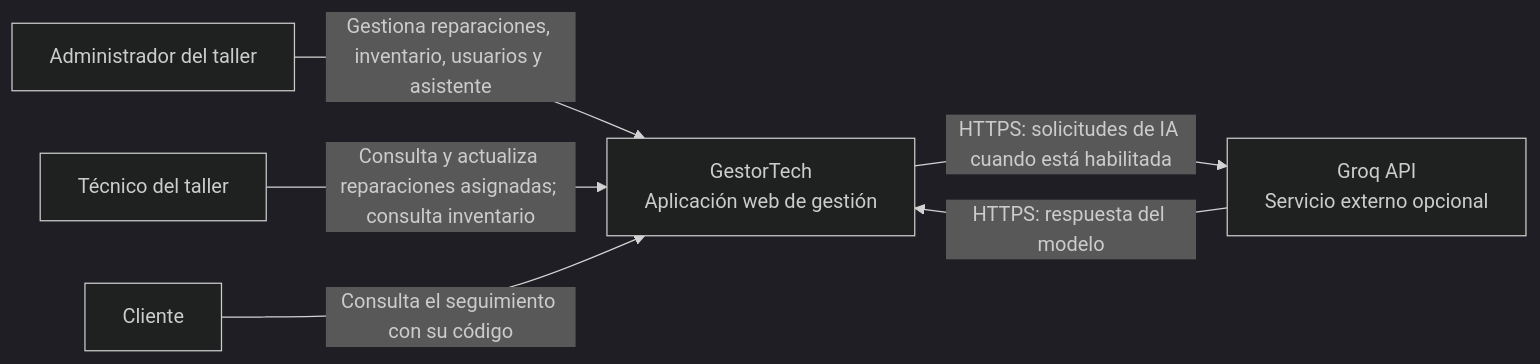
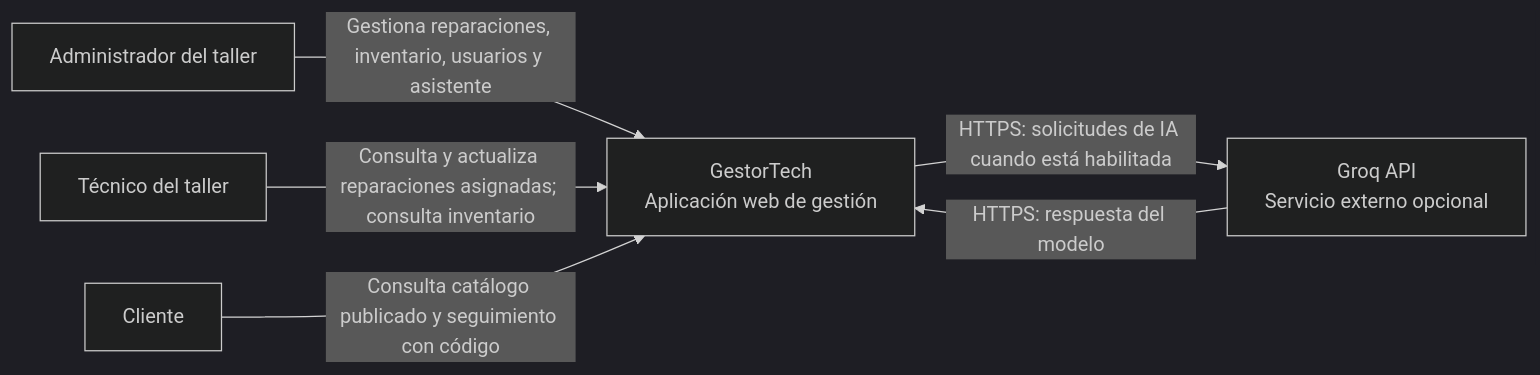
Before and after one commit to LzMauLz/Proyecto-GestorT: the first of 2 diagrams in docs/arquitectura.md, drawn with Mermaid (dark theme). The commit also changed other lines of this file and 13 other files, not shown here.

````diff
--- a/docs/arquitectura.md
+++ b/docs/arquitectura.md
@@ -19,16 +19,16 @@
 ```mermaid
 flowchart LR
     Admin["Administrador del taller"]
     Tecnico["Técnico del taller"]
     Cliente["Cliente"]
 
     GestorTech["GestorTech\nAplicación web de gestión"]
 
     Groq["Groq API\nServicio externo opcional"]
 
     Admin -->|"Gestiona reparaciones, inventario, usuarios y asistente"| GestorTech
     Tecnico -->|"Consulta y actualiza reparaciones asignadas; consulta inventario"| GestorTech
-    Cliente -->|"Consulta el seguimiento con su código"| GestorTech
+    Cliente -->|"Consulta catálogo publicado y seguimiento con código"| GestorTech
     GestorTech -->|"HTTPS: solicitudes de IA cuando está habilitada"| Groq
     Groq -->|"HTTPS: respuesta del modelo"| GestorTech
 ```
````
